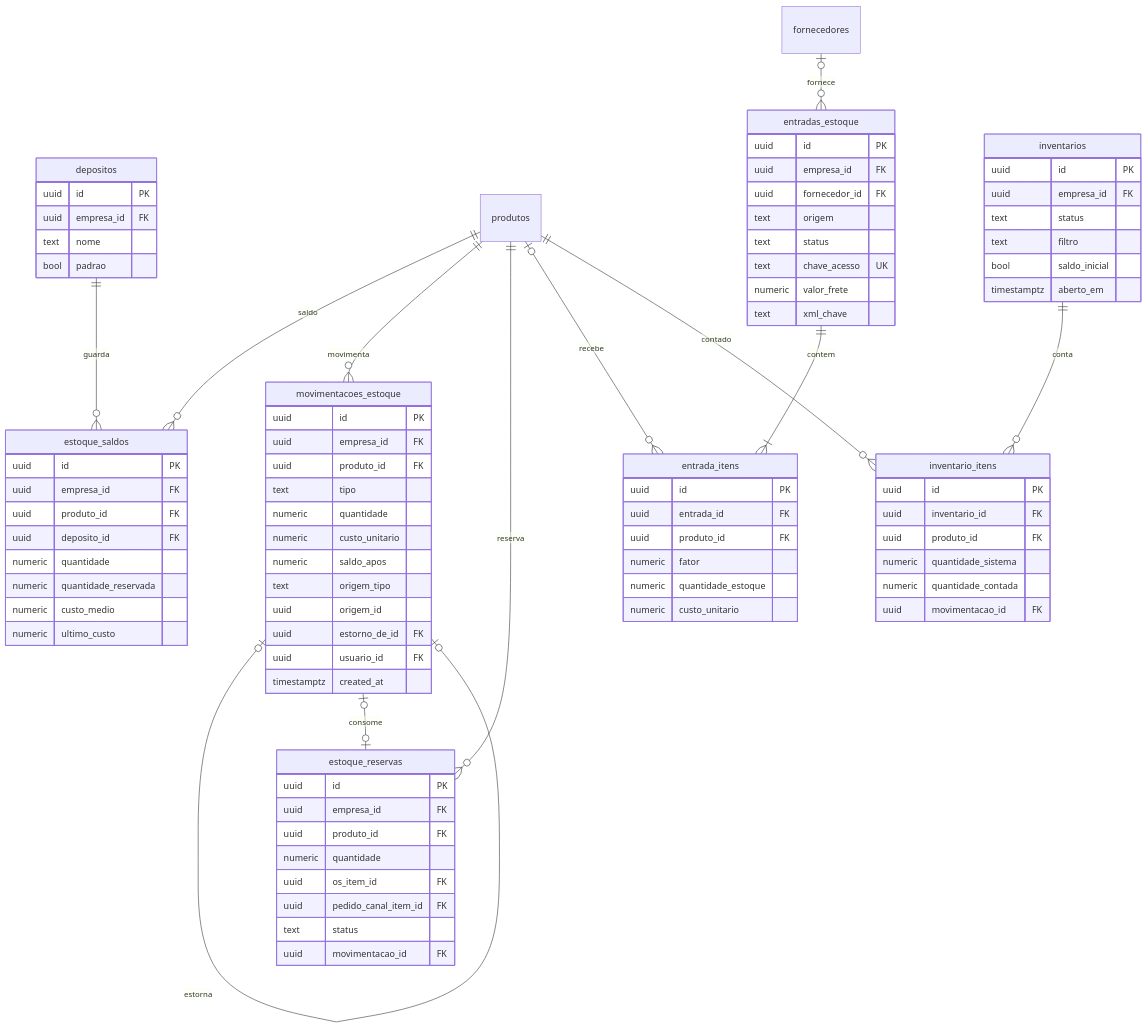
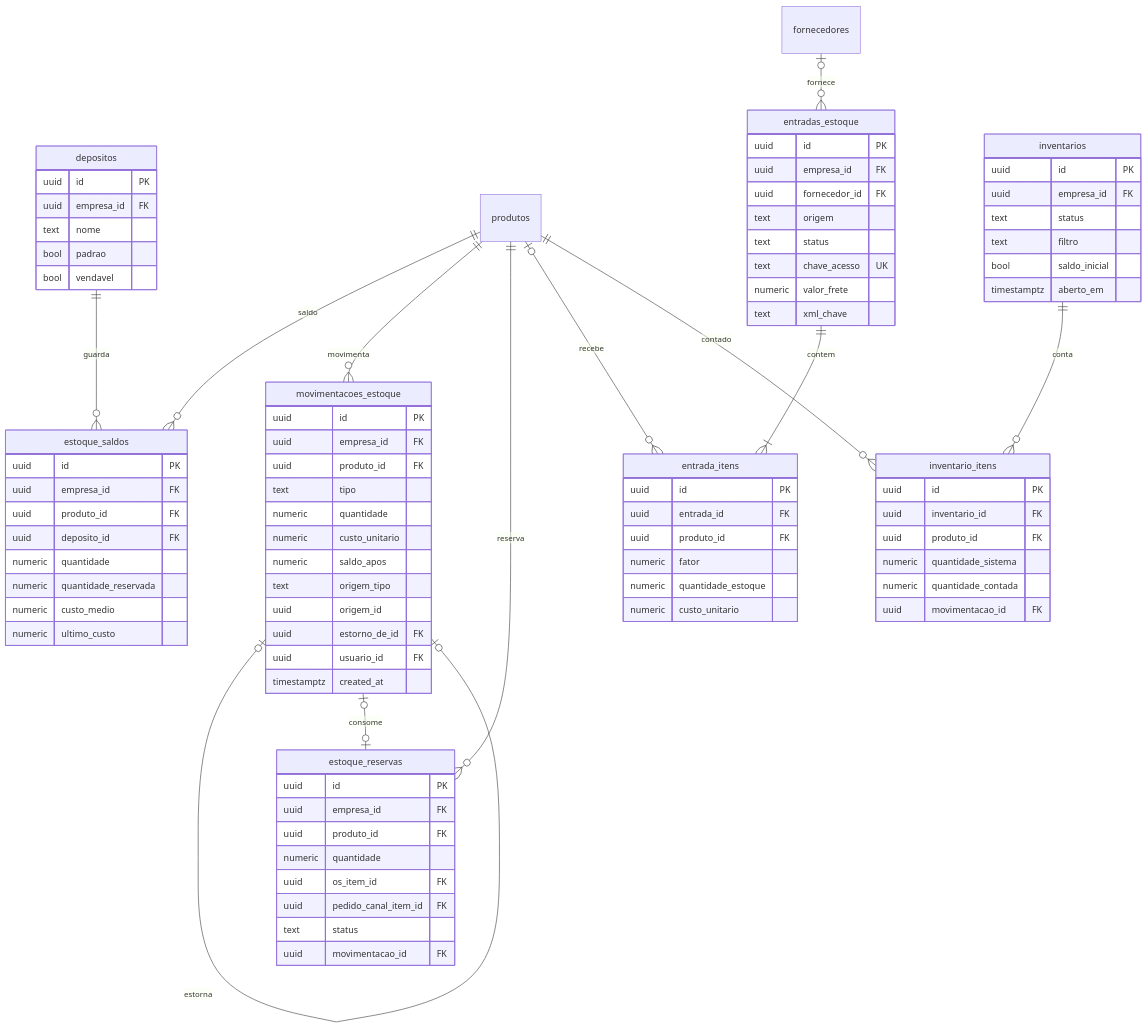
Before and after one commit to pcfmello/summer-motos: the fifth of 10 diagrams in docs/modelo-dados.md, drawn with Mermaid. The commit also changed other lines of this file and 1 other file, not shown here.

```diff
--- a/docs/modelo-dados.md
+++ b/docs/modelo-dados.md
@@ -1800,6 +1934,7 @@
     uuid empresa_id FK
     text nome
     bool padrao
+    bool vendavel
   }
   estoque_saldos {
     uuid id PK
```
